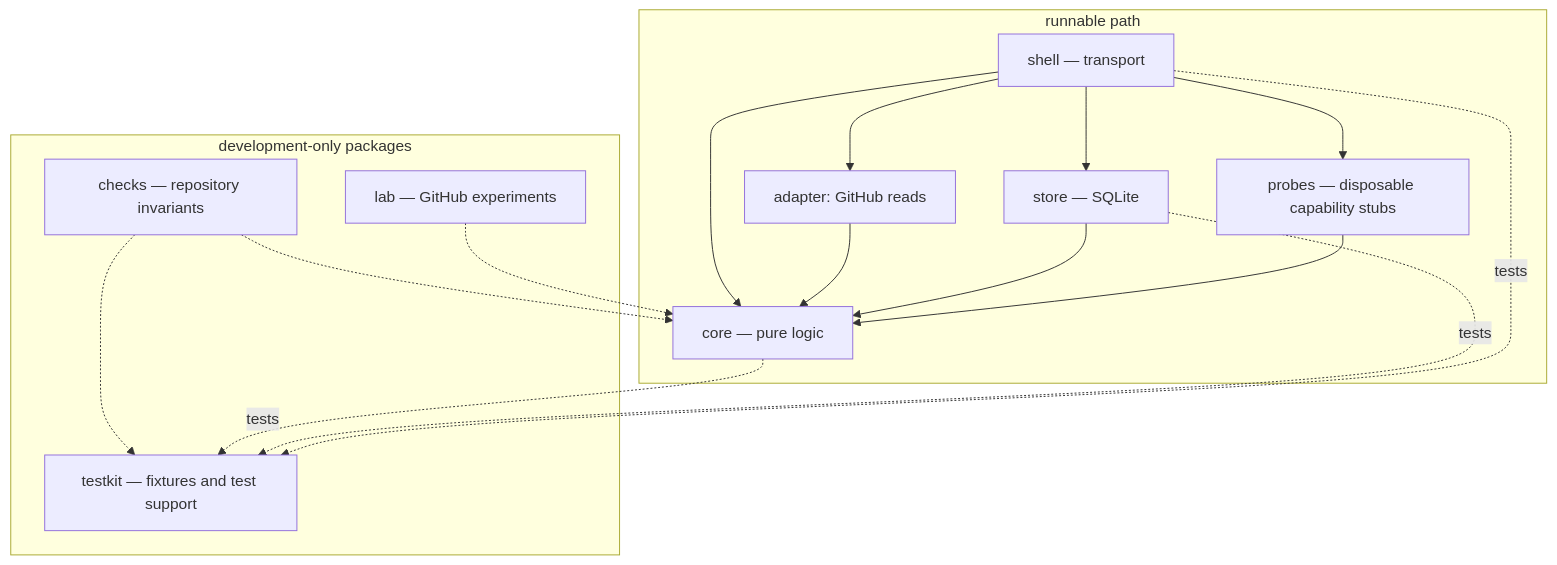
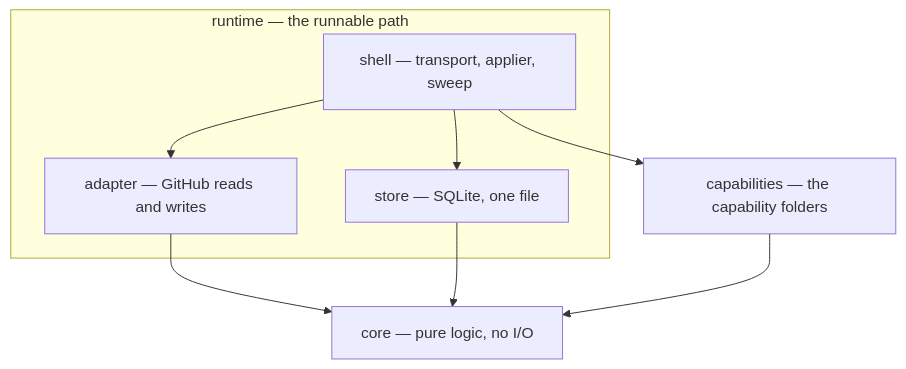
One commit to exploreriii/sdk-automations changed the first of 2 diagrams in design/architecture.md. Above: the diagram before and after it, drawn with Mermaid. The commit also changed other lines of this file and 460 other files, not shown here.

````diff
--- a/design/architecture.md
+++ b/design/architecture.md
@@ -36,23 +10,16 @@
 ```mermaid
 flowchart TD
-    subgraph runtime ["runnable path"]
-        shell["shell — transport"] --> core["core — pure logic"]
-        shell --> adapter["adapter: GitHub reads"]
-        shell --> store["store — SQLite"]
-        shell --> probes["probes — disposable capability stubs"]
-        adapter --> core
-        store --> core
-        probes --> core
+    subgraph runtime ["runtime — the runnable path"]
+        shell["shell — transport, applier, sweep"]
+        adapter["adapter — GitHub reads and writes"]
+        store["store — SQLite, one file"]
     end
-    subgraph development ["development-only packages"]
-        checks["checks — repository invariants"]
-        lab["lab — GitHub experiments"]
-        testkit["testkit — fixtures and test support"]
-    end
-    checks -.-> core
-    checks -.-> testkit
-    lab -.-> core
-    core -. "tests" .-> testkit
-    store -. "tests" .-> testkit
-    shell -. "tests" .-> testkit
+    capabilities["capabilities — the capability folders"]
+    core["core — pure logic, no I/O"]
+    shell --> adapter
+    shell --> store
+    shell --> capabilities
+    adapter --> core
+    store --> core
+    capabilities --> core
 ```
````
